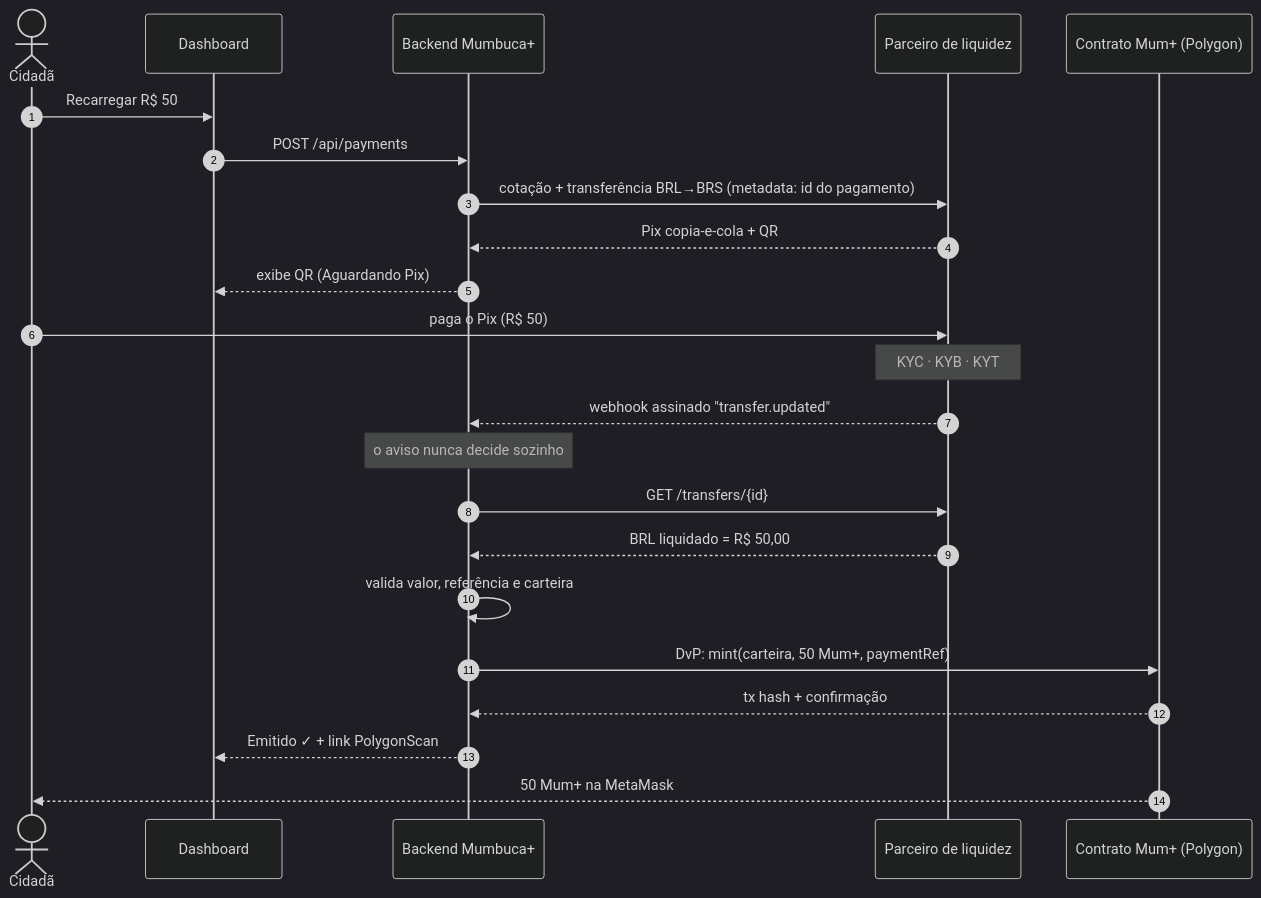
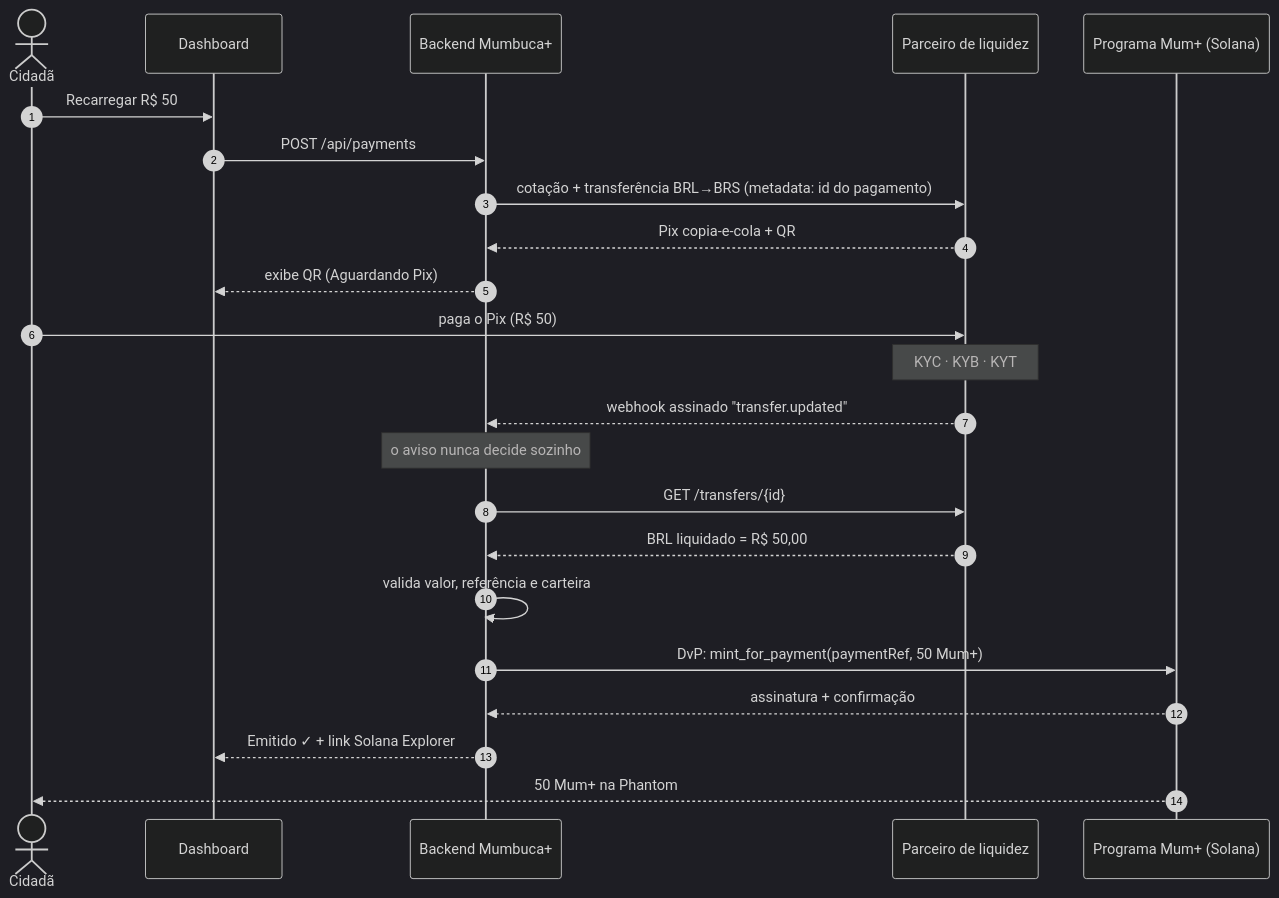
One commit to Peragus01/Mumbuca-plus changed the third of 4 diagrams in README.md. Above: the diagram before and after it, drawn with Mermaid (dark theme). The commit also changed other lines of this file and 1 other file, not shown here.

Commit message:
docs: switch READMEs from Polygon to Solana (Anchor program, Token-2022, PDA receipts)

````diff
--- a/README.md
+++ b/README.md
@@ -213,26 +213,26 @@
 ```mermaid
 sequenceDiagram
     autonumber
     actor Cidada as Cidadã
     participant Dash as Dashboard
     participant API as Backend Mumbuca+
     participant LP as Parceiro de liquidez
-    participant SC as Contrato Mum+ (Polygon)
+    participant SC as Programa Mum+ (Solana)
 
     Cidada->>Dash: Recarregar R$ 50
     Dash->>API: POST /api/payments
     API->>LP: cotação + transferência BRL→BRS (metadata: id do pagamento)
     LP-->>API: Pix copia-e-cola + QR
     API-->>Dash: exibe QR (Aguardando Pix)
     Cidada->>LP: paga o Pix (R$ 50)
     Note over LP: KYC · KYB · KYT
     LP-->>API: webhook assinado "transfer.updated"
     Note over API: o aviso nunca decide sozinho
     API->>LP: GET /transfers/{id}
     LP-->>API: BRL liquidado = R$ 50,00
     API->>API: valida valor, referência e carteira
-    API->>SC: DvP: mint(carteira, 50 Mum+, paymentRef)
-    SC-->>API: tx hash + confirmação
-    API-->>Dash: Emitido ✓ + link PolygonScan
-    SC-->>Cidada: 50 Mum+ na MetaMask
+    API->>SC: DvP: mint_for_payment(paymentRef, 50 Mum+)
+    SC-->>API: assinatura + confirmação
+    API-->>Dash: Emitido ✓ + link Solana Explorer
+    SC-->>Cidada: 50 Mum+ na Phantom
 ```
````
